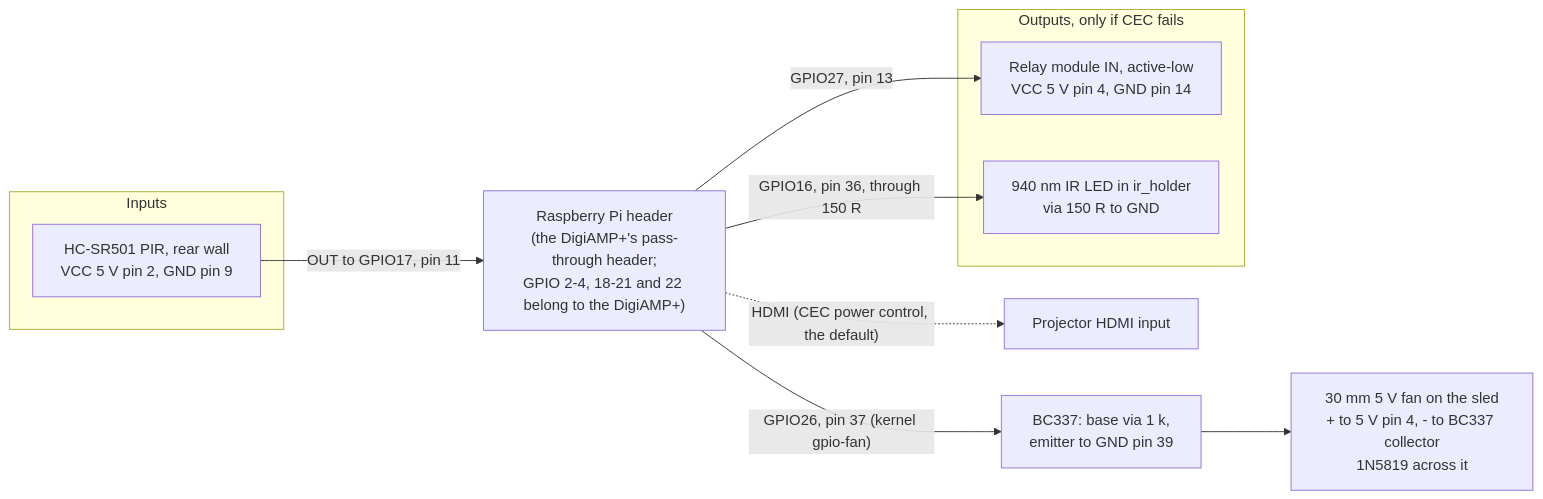
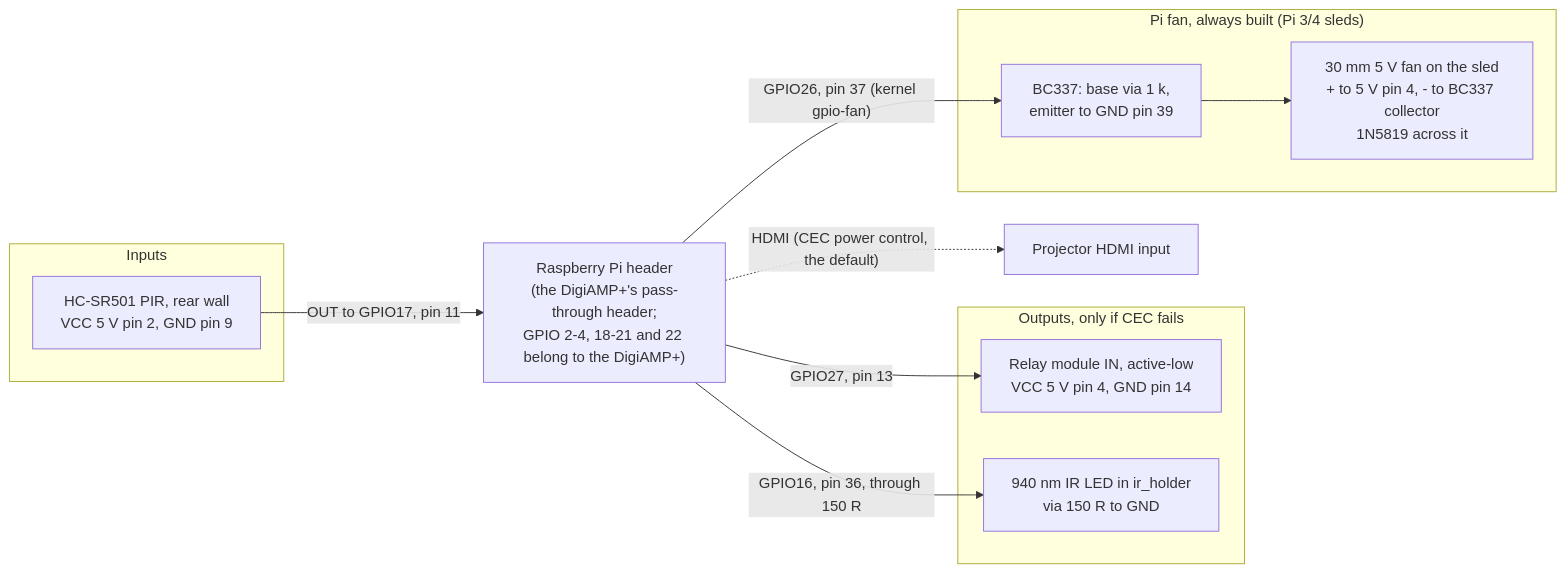
Before and after one commit to davidwkeith/atmosfx-projector-case: the third of 3 diagrams in docs/WIRING.md, drawn with Mermaid. The commit also changed other lines of this file, not shown here.

Commit message:
Wiring: Pi fan in its own flowchart group, shared 5 V pin and load
The signals schematic's alt text now names the fan; the flowchart groups
the BC337 and fan as always built; the notes say the fan shares pin 4
with the relay's VCC and draws on the DigiAMP+'s 5.1 V / 2.5 A.

````diff
--- a/docs/WIRING.md
+++ b/docs/WIRING.md
@@ -96,20 +96,22 @@
 ```mermaid
 flowchart LR
   subgraph IN["Inputs"]
     PIR["HC-SR501 PIR, rear wall<br/>VCC 5 V pin 2, GND pin 9"]
   end
   PI["Raspberry Pi header<br/>(the DigiAMP+'s pass-through header;<br/>GPIO 2-4, 18-21 and 22 belong to the DigiAMP+)"]
   subgraph OUTS["Outputs, only if CEC fails"]
     RELAY["Relay module IN, active-low<br/>VCC 5 V pin 4, GND pin 14"]
     IRLED["940 nm IR LED in ir_holder<br/>via 150 R to GND"]
   end
-  FAN["30 mm 5 V fan on the sled<br/>+ to 5 V pin 4, - to BC337 collector<br/>1N5819 across it"]
-  Q1["BC337: base via 1 k,<br/>emitter to GND pin 39"]
+  subgraph COOL["Pi fan, always built (Pi 3/4 sleds)"]
+    Q1["BC337: base via 1 k,<br/>emitter to GND pin 39"]
+    FAN["30 mm 5 V fan on the sled<br/>+ to 5 V pin 4, - to BC337 collector<br/>1N5819 across it"]
+  end
   PROJ["Projector HDMI input"]
   PIR -- "OUT to GPIO17, pin 11" --> PI
   PI -- "GPIO27, pin 13" --> RELAY
   PI -- "GPIO16, pin 36, through 150 R" --> IRLED
   PI -- "GPIO26, pin 37 (kernel gpio-fan)" --> Q1
   Q1 --> FAN
   PI -. "HDMI (CEC power control, the default)" .-> PROJ
 ```
````
